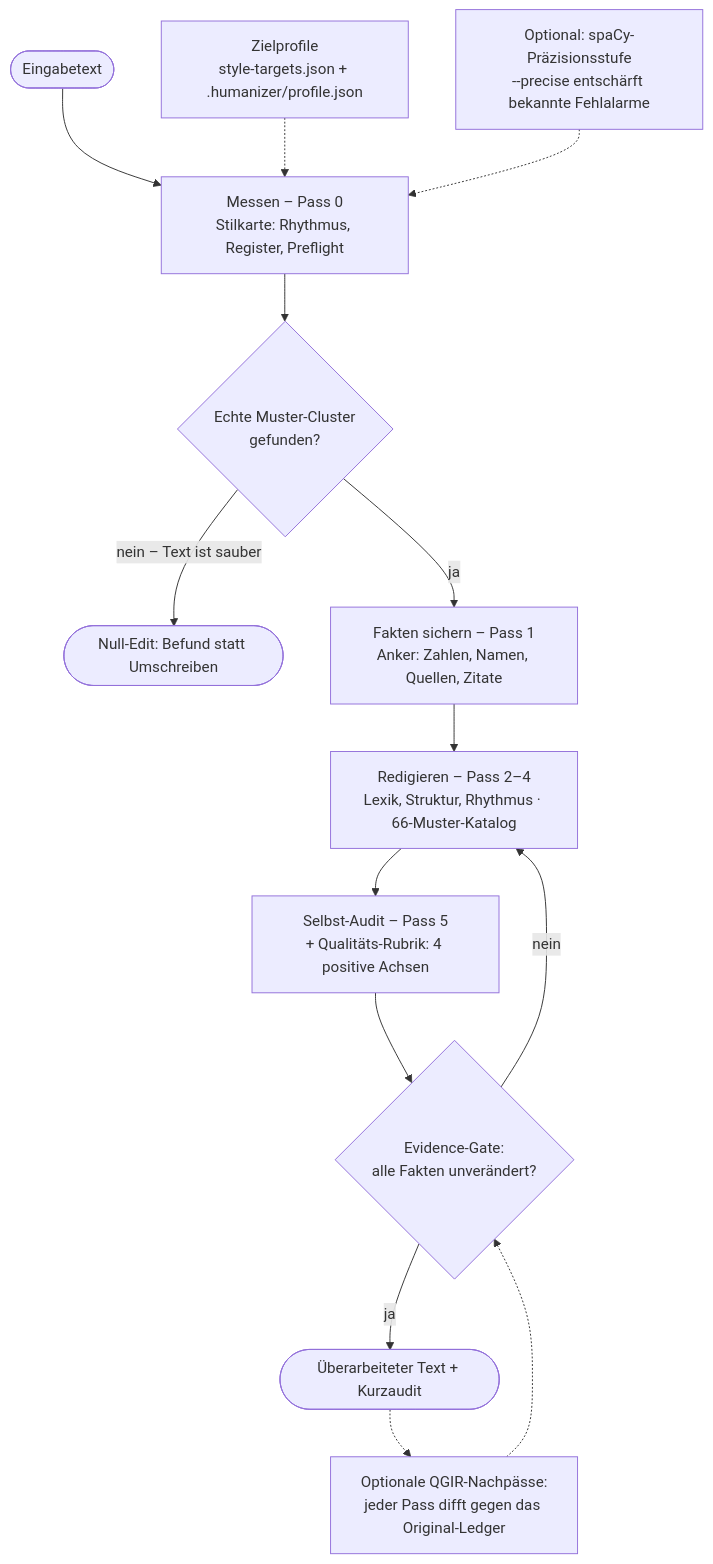
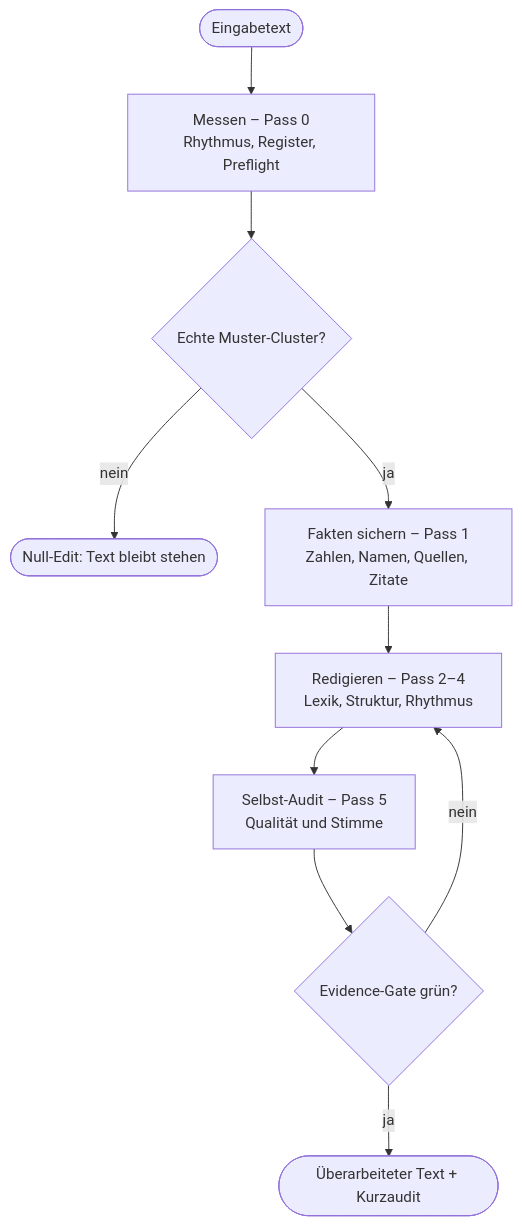
One commit to marmbiz/humanizer-de changed the diagram in README.md. Above: the diagram before and after it, drawn with Mermaid. The commit also changed other lines of this file and 1 other file, not shown here.

````diff
--- a/README.md
+++ b/README.md
@@ -62,16 +445,12 @@
 ```mermaid
 flowchart TD
-    T([Eingabetext]) --> M["Messen – Pass 0<br/>Stilkarte: Rhythmus, Register, Preflight"]
-    Z["Zielprofile<br/>style-targets.json + .humanizer/profile.json"] -.-> M
-    P["Optional: spaCy-Präzisionsstufe<br/>--precise entschärft bekannte Fehlalarme"] -.-> M
-    M --> C{"Echte Muster-Cluster<br/>gefunden?"}
-    C -- "nein – Text ist sauber" --> N([Null-Edit: Befund statt Umschreiben])
-    C -- ja --> E["Fakten sichern – Pass 1<br/>Anker: Zahlen, Namen, Quellen, Zitate"]
-    E --> R["Redigieren – Pass 2–4<br/>Lexik, Struktur, Rhythmus · 66-Muster-Katalog"]
-    R --> A["Selbst-Audit – Pass 5<br/>+ Qualitäts-Rubrik: 4 positive Achsen"]
-    A --> G{"Evidence-Gate:<br/>alle Fakten unverändert?"}
+    T([Eingabetext]) --> M["Messen – Pass 0<br/>Rhythmus, Register, Preflight"]
+    M --> C{"Echte Muster-Cluster?"}
+    C -- nein --> N([Null-Edit: Text bleibt stehen])
+    C -- ja --> E["Fakten sichern – Pass 1<br/>Zahlen, Namen, Quellen, Zitate"]
+    E --> R["Redigieren – Pass 2–4<br/>Lexik, Struktur, Rhythmus"]
+    R --> A["Selbst-Audit – Pass 5<br/>Qualität und Stimme"]
+    A --> G{"Evidence-Gate grün?"}
+    G -- nein --> R
     G -- ja --> O([Überarbeiteter Text + Kurzaudit])
-    G -- nein --> R
-    O -.-> Q["Optionale QGIR-Nachpässe:<br/>jeder Pass difft gegen das Original-Ledger"]
-    Q -.-> G
 ```
````
